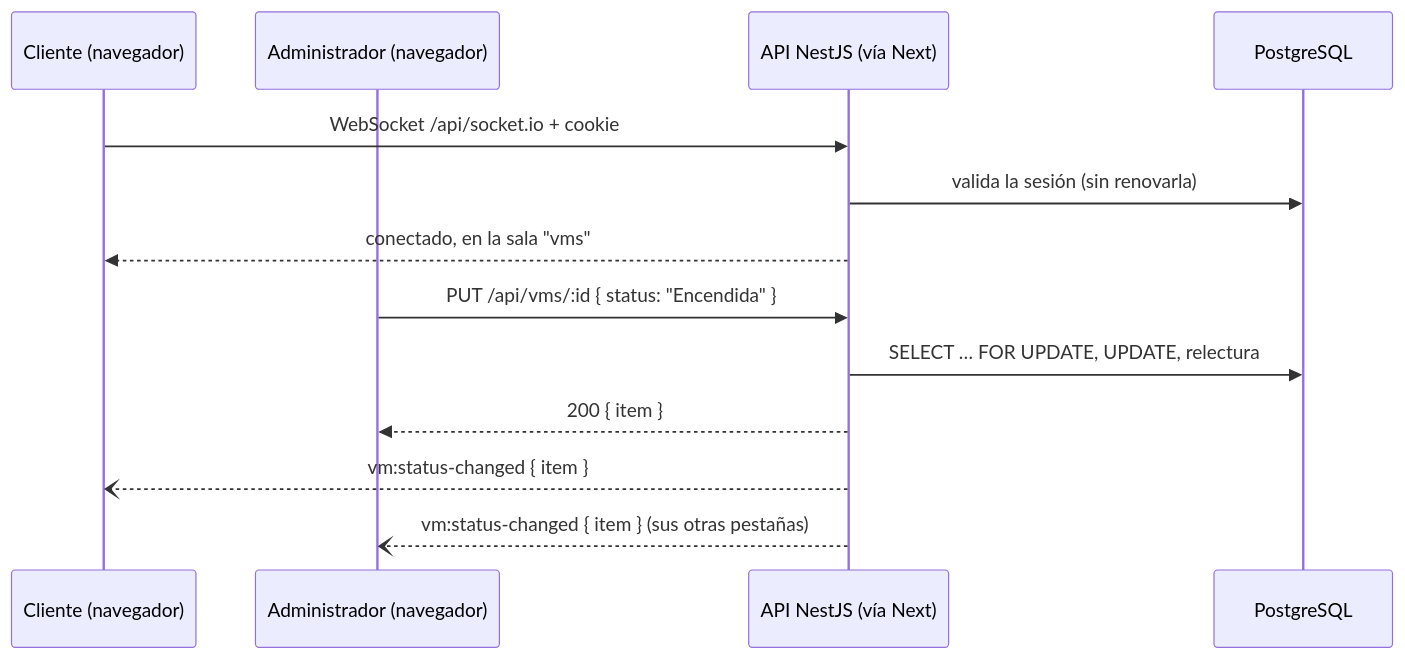
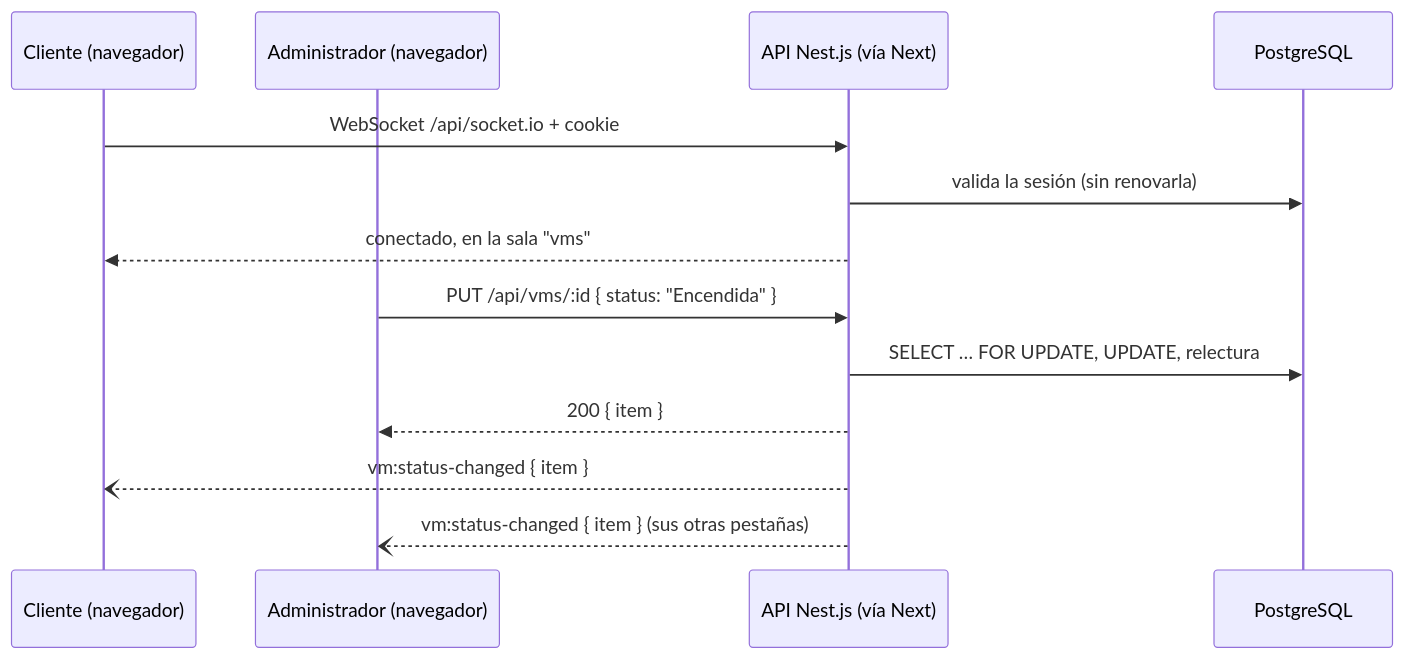
One commit to DayannaLoaiza/gestionar-maquinas-virtuales changed the second of 4 diagrams in README.md. Above: the diagram before and after it, drawn with Mermaid. The commit also changed other lines of this file and 216 other files, not shown here.

````diff
--- a/README.md
+++ b/README.md
@@ -274,16 +332,16 @@
 ```mermaid
 sequenceDiagram
   participant C as Cliente (navegador)
   participant A as Administrador (navegador)
-  participant API as API NestJS (vía Next)
+  participant API as API Nest.js (vía Next)
   participant DB as PostgreSQL
 
   C->>API: WebSocket /api/socket.io + cookie
   API->>DB: valida la sesión (sin renovarla)
   API-->>C: conectado, en la sala "vms"
   A->>API: PUT /api/vms/:id { status: "Encendida" }
   API->>DB: SELECT … FOR UPDATE, UPDATE, relectura
   API-->>A: 200 { item }
   API--)C: vm:status-changed { item }
   API--)A: vm:status-changed { item } (sus otras pestañas)
 ```
````
